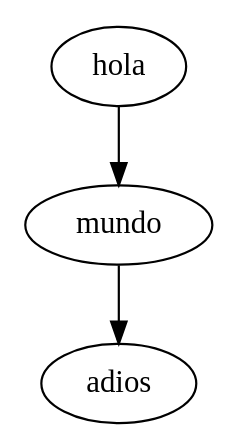
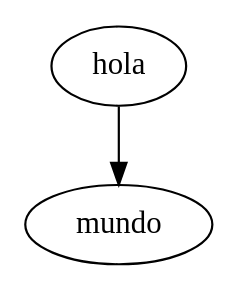
The diagram in ListReport.dot (rtouchman/Practica2s12017_201404414), drawn with Graphviz before and after one commit. The commit also changed 76 other files, not shown here.

```diff
--- a/ListReport.dot
+++ b/ListReport.dot
@@ -1,7 +1,5 @@
 digraph SimpleList{
- 	0[label="hola"]
+	0[label="hola"]
 	1[label="mundo"]
 	0->1
-	2[label="adios"]
-	1->2
 }
```
